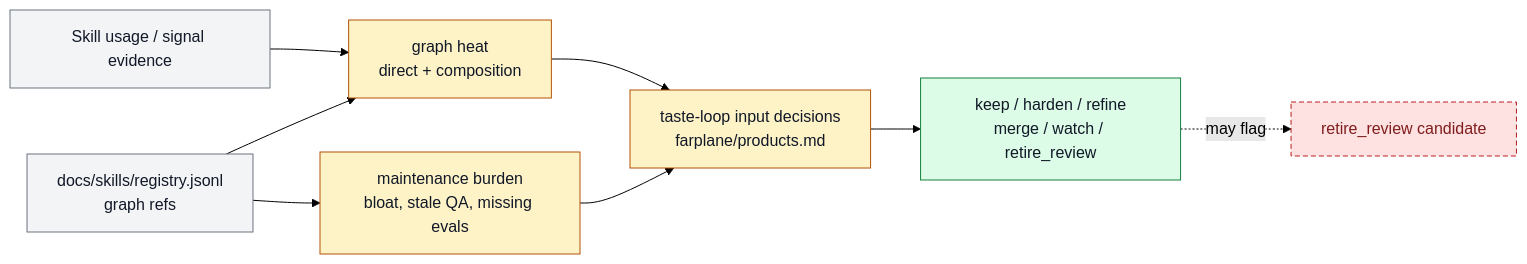
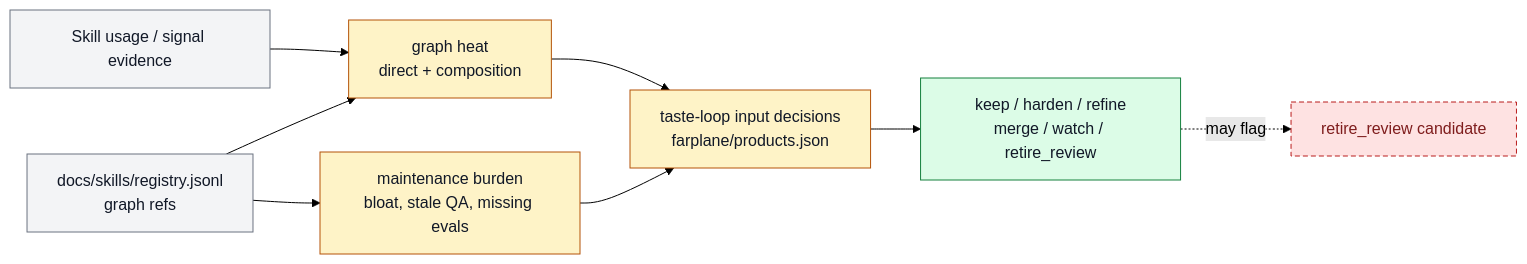
The diagram in docs/features/FEAT-0064-skill-signals.md (ZanarkandTechnologies/Farplane), drawn with Mermaid (forest theme) before and after one commit. The commit also changed other lines of this file and 62 other files, not shown here.

````diff
--- a/docs/features/FEAT-0064-skill-signals.md
+++ b/docs/features/FEAT-0064-skill-signals.md
@@ -138,23 +138,23 @@
 ```mermaid
 flowchart LR
   classDef keep fill:#f3f4f6,stroke:#6b7280,color:#111827
   classDef changed fill:#fef3c7,stroke:#b45309,color:#111827
   classDef added fill:#dcfce7,stroke:#15803d,color:#111827
   classDef retired fill:#fee2e2,stroke:#b91c1c,color:#7f1d1d,stroke-dasharray: 5 3
 
   usage["Skill usage / signal evidence"]:::keep
   registry["docs/skills/registry.jsonl<br/>graph refs"]:::keep
   heat["graph heat<br/>direct + composition"]:::changed
   burden["maintenance burden<br/>bloat, stale QA, missing evals"]:::changed
-  taste["taste-loop input decisions<br/>farplane/products.md"]:::changed
+  taste["taste-loop input decisions<br/>farplane/products.json"]:::changed
   decision["keep / harden / refine<br/>merge / watch / retire_review"]:::added
   retire["retire_review candidate"]:::retired
 
   usage --> heat
   registry --> heat
   registry --> burden
   heat --> taste
   burden --> taste
   taste --> decision
   decision -. may flag .-> retire
 ```
````
